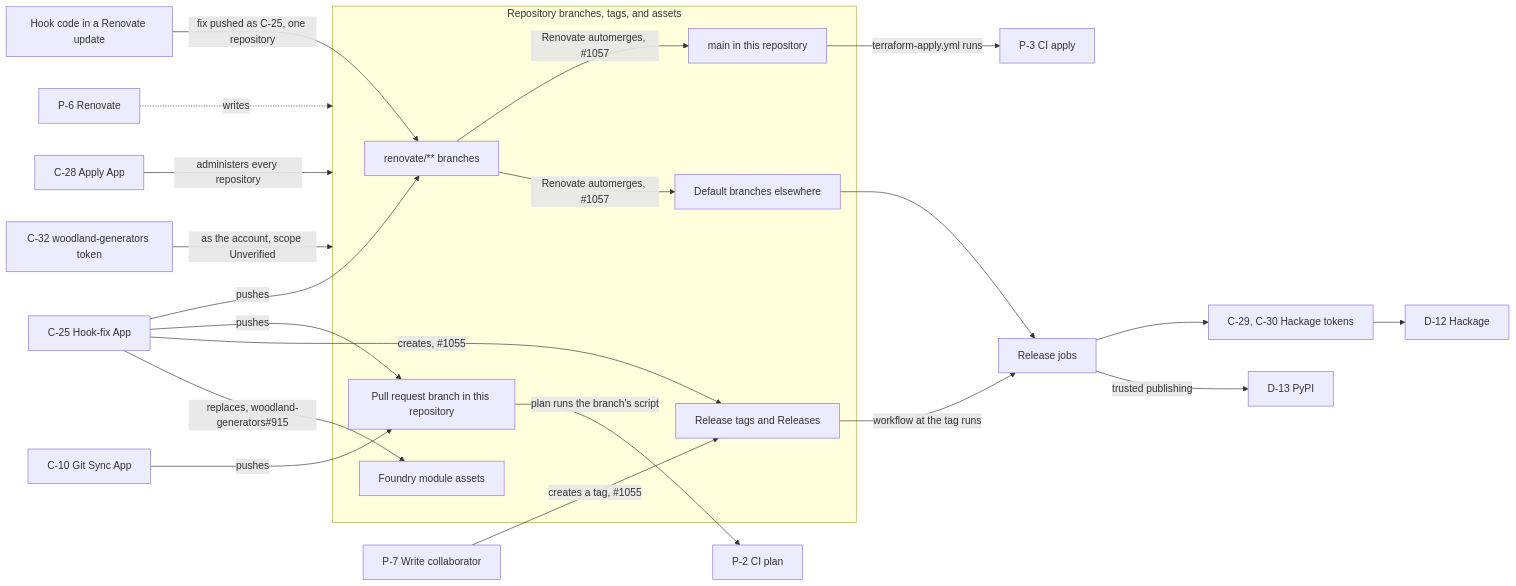
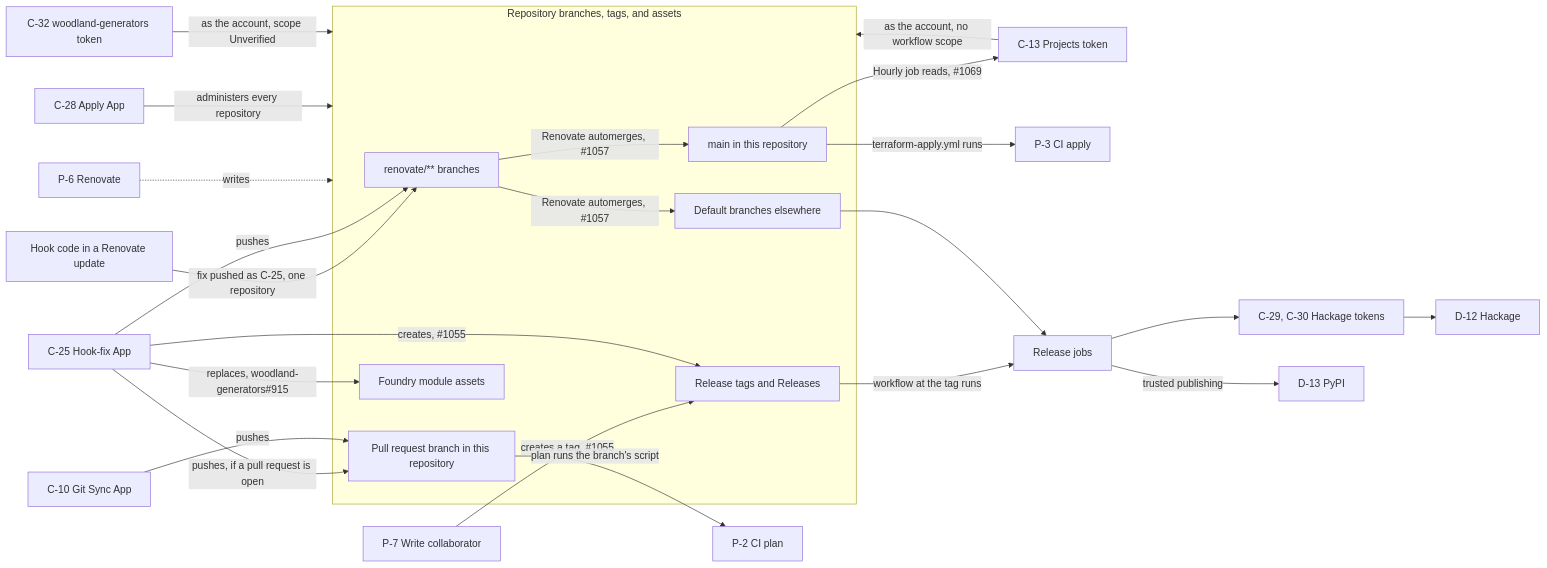
One commit to alunduil/alunduil-infrastructure changed the first of 2 diagrams in docs/explanation/credential-reachability.md. Above: the diagram before and after it, drawn with Mermaid. The commit also changed other lines of this file and 2 other files, not shown here.

````diff
--- a/docs/explanation/credential-reachability.md
+++ b/docs/explanation/credential-reachability.md
@@ -42,49 +47,52 @@
 ```mermaid
 flowchart LR
   hook["Hook code in a Renovate update"]
   p7["P-7 Write collaborator"]
   p6["P-6 Renovate"]
   c25["C-25 Hook-fix App"]
   c10["C-10 Git Sync App"]
   c28["C-28 Apply App"]
+  c13["C-13 Projects token"]
   c32["C-32 woodland-generators token"]
   tokens["C-29, C-30 Hackage tokens"]
   p2["P-2 CI plan"]
   p3["P-3 CI apply"]
   job["Release jobs"]
   d12["D-12 Hackage"]
   d13["D-13 PyPI"]
 
   subgraph refs["Repository branches, tags, and assets"]
     branch["renovate/** branches"]
     pr["Pull request branch in this repository"]
     infra["main in this repository"]
     other["Default branches elsewhere"]
     tag["Release tags and Releases"]
     assets["Foundry module assets"]
   end
 
   hook -->|"fix pushed as C-25, one repository"| branch
   p7 -->|"creates a tag, #1055"| tag
 
   p6 -.->|"writes"| refs
   c28 -->|"administers every repository"| refs
+  c13 -->|"as the account, no workflow scope"| refs
   c32 -->|"as the account, scope Unverified"| refs
 
   c25 -->|"pushes"| branch
-  c25 -->|"pushes"| pr
+  c25 -->|"pushes, if a pull request is open"| pr
   c25 -->|"creates, #1055"| tag
   c25 -->|"replaces, woodland-generators#915"| assets
   c10 -->|"pushes"| pr
 
   branch -->|"Renovate automerges, #1057"| infra
   branch -->|"Renovate automerges, #1057"| other
   tag -->|"workflow at the tag runs"| job
   other --> job
 
   pr -->|"plan runs the branch's script"| p2
   infra -->|"terraform-apply.yml runs"| p3
+  infra -->|"Hourly job reads, #1069"| c13
   job --> tokens
   job -->|"trusted publishing"| d13
   tokens --> d12
 ```
````
